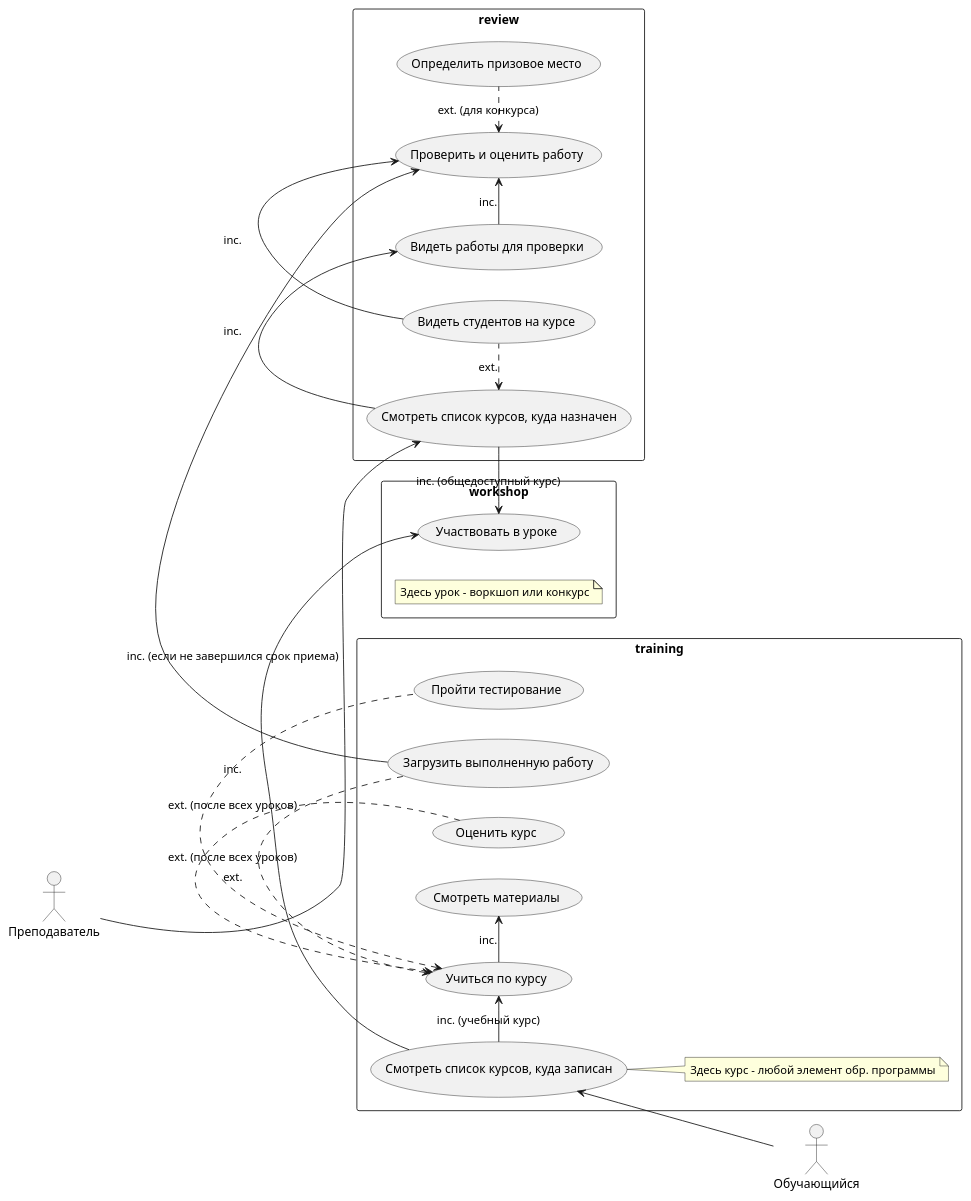
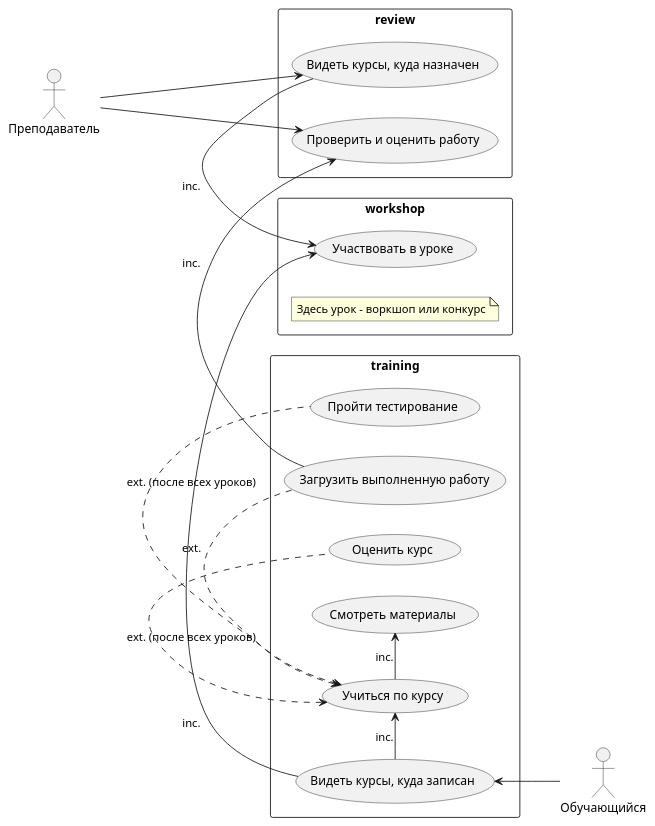
One commit to karpoftea/mts-kata-2023 changed the third of 3 diagrams in docs/requirements/requirements.md. Above: the diagram before and after it, drawn with PlantUML. The commit also changed other lines of this file and 18 other files, not shown here.

````diff
--- a/docs/requirements/requirements.md
+++ b/docs/requirements/requirements.md
@@ -135,50 +145,42 @@
 ```plantuml
 @startuml
 
 left to right direction
 
 actor "Обучающийся" as student
 actor "Преподаватель" as teacher
 
 rectangle workshop {
   usecase "Участвовать в уроке" as UC38
   note "Здесь урок - воркшоп или конкурс" as N32
 }
 
 rectangle training {
-  usecase "Смотреть список курсов, куда записан" as UC31
+  usecase "Видеть курсы, куда записан" as UC31
   usecase "Учиться по курсу" as UC33
   usecase "Пройти тестирование" as UC34
   usecase "Загрузить выполненную работу" as UC35
   usecase "Оценить курс" as UC36
   usecase "Смотреть материалы" as UC39
-  note "Здесь курс - любой элемент обр. программы" as N31
+
 }
 
 rectangle review {
-  usecase "Смотреть список курсов, куда назначен" as UC32
+  usecase "Видеть курсы, куда назначен" as UC32
   usecase "Проверить и оценить работу" as UC37
-  usecase "Видеть работы для проверки" as UC40
-  usecase "Видеть студентов на курсе" as UC41
-  usecase "Определить призовое место" as UC42
 }
 
 teacher --> UC32
+teacher --> UC37
 student -up-> UC31
-UC31 -> UC33 : inc. (учебный курс)
-UC31 -- N31
+UC31 -> UC33 : inc.
 UC31 -> UC38 : inc.
-UC32 -> UC38 : inc. (общедоступный курс)
-UC32 -> UC40 : inc.
-UC32 <. UC41 : ext.
-UC40 -> UC37 : inc.
-UC41 -> UC37 : inc.
+UC32 -> UC38 : inc.
 UC33 <. UC34 : ext. (после всех уроков)
 UC33 <. UC35 : ext.
 UC33 <. UC36 : ext. (после всех уроков)
-UC35 -> UC37 : inc. (если не завершился срок приема)
+UC35 -> UC37 : inc.
 UC33 -> UC39 : inc.
-UC37 <. UC42 : ext. (для конкурса)
 
 @enduml
 ```
````
